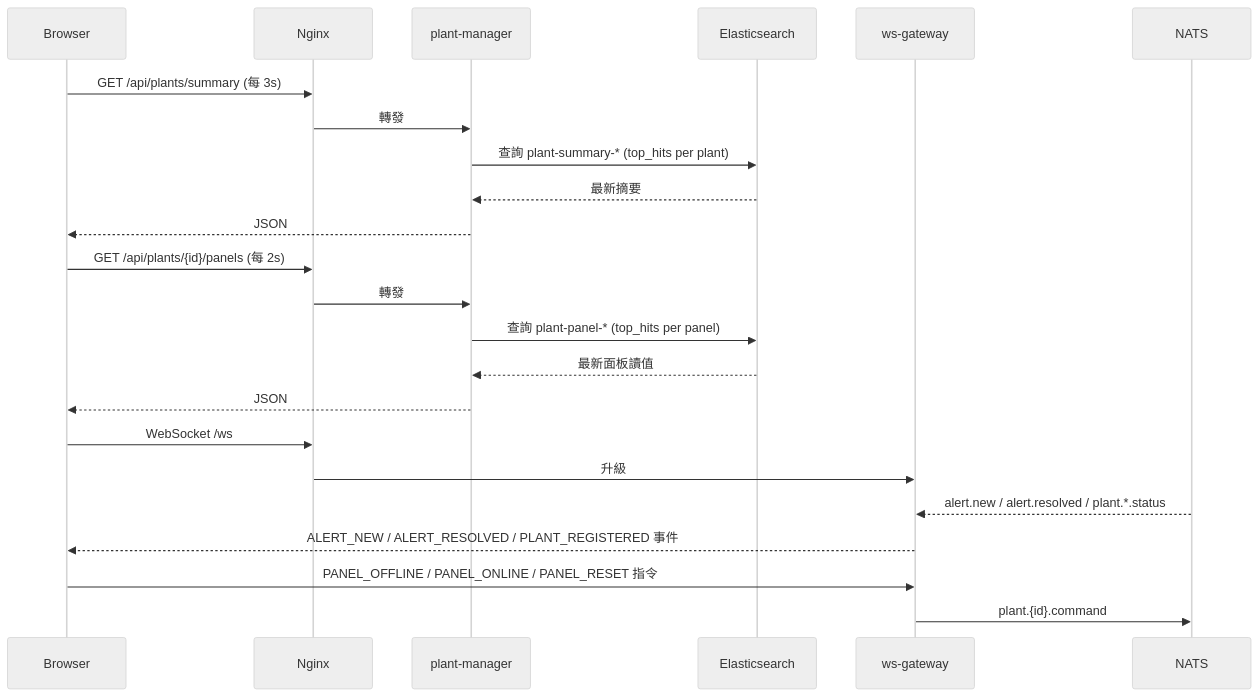
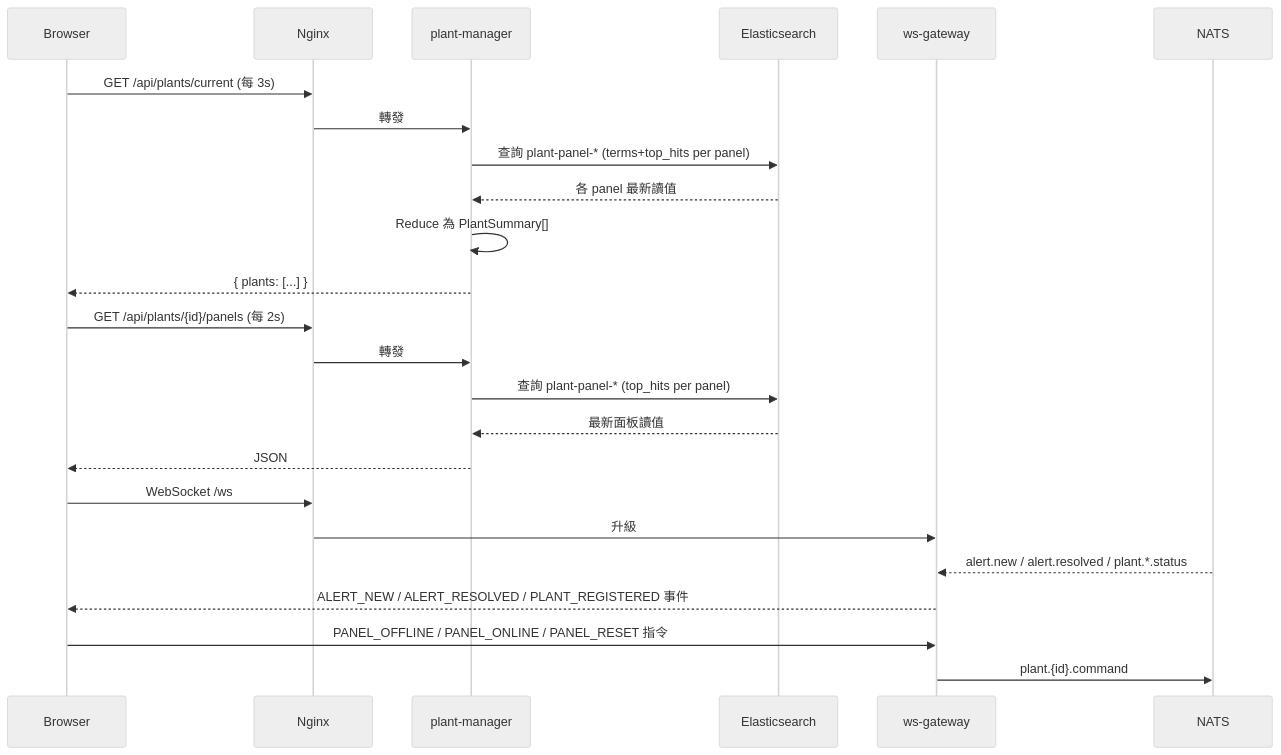
Before and after one commit to zclintw/solarops: the third of 7 diagrams in docs/architecture.md, drawn with Mermaid (neutral theme). The commit also changed other lines of this file and 1 other file, not shown here.

First line of the commit message:
docs: update architecture and future-improvements after aggregator removal

````diff
--- a/docs/architecture.md
+++ b/docs/architecture.md
@@ -142,28 +125,29 @@
 ```mermaid
 sequenceDiagram
     participant Browser
     participant Nginx
     participant PM as plant-manager
     participant ES as Elasticsearch
     participant WS as ws-gateway
     participant NATS
 
-    Browser->>Nginx: GET /api/plants/summary (每 3s)
+    Browser->>Nginx: GET /api/plants/current (每 3s)
     Nginx->>PM: 轉發
-    PM->>ES: 查詢 plant-summary-* (top_hits per plant)
-    ES-->>PM: 最新摘要
-    PM-->>Browser: JSON
+    PM->>ES: 查詢 plant-panel-* (terms+top_hits per panel)
+    ES-->>PM: 各 panel 最新讀值
+    PM->>PM: Reduce 為 PlantSummary[]
+    PM-->>Browser: { plants: [...] }
 
     Browser->>Nginx: GET /api/plants/{id}/panels (每 2s)
     Nginx->>PM: 轉發
     PM->>ES: 查詢 plant-panel-* (top_hits per panel)
     ES-->>PM: 最新面板讀值
     PM-->>Browser: JSON
 
     Browser->>Nginx: WebSocket /ws
     Nginx->>WS: 升級
     NATS-->>WS: alert.new / alert.resolved / plant.*.status
     WS-->>Browser: ALERT_NEW / ALERT_RESOLVED / PLANT_REGISTERED 事件
     Browser->>WS: PANEL_OFFLINE / PANEL_ONLINE / PANEL_RESET 指令
     WS->>NATS: plant.{id}.command
 ```
````
